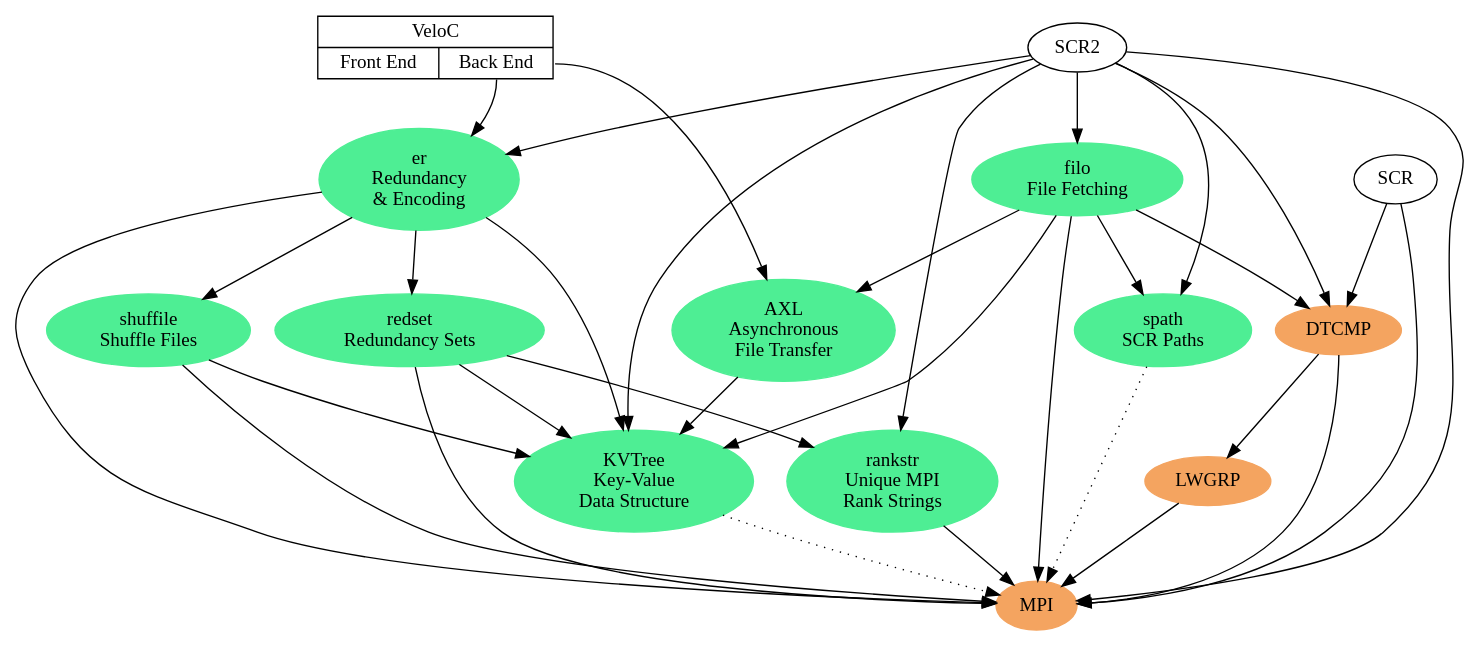
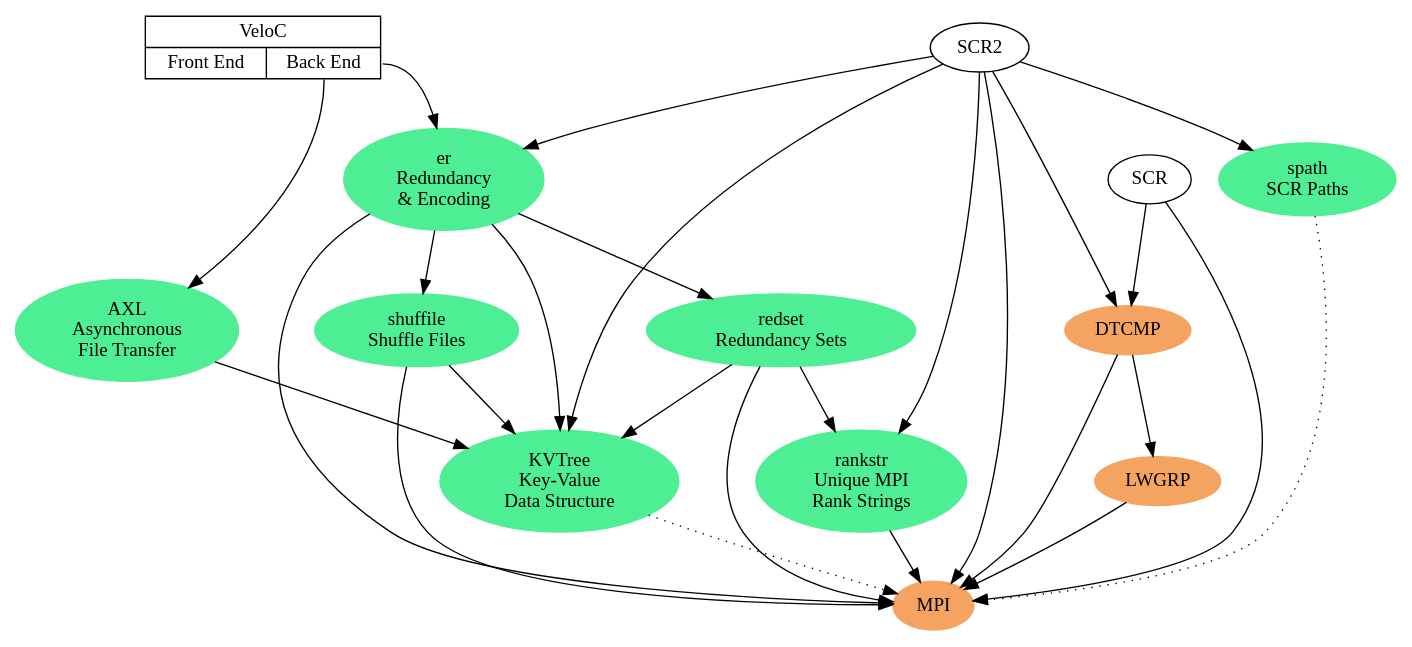
One commit to ECP-VeloC/component-dev-docs changed the diagram in diagram/components.gv. Above: the diagram before and after it, drawn with Graphviz. The commit also changed 3 other files, not shown here.

```diff
--- a/diagram/components.gv
+++ b/diagram/components.gv
@@ -1,57 +1,50 @@
 digraph g {
 
 node [color="seagreen2",style=filled];
 AXL [label="AXL\nAsynchronous\nFile Transfer", URL="group__axl.html"];
 er [label="er\nRedundancy\n& Encoding", URL="group__er.html"];
 redset [label="redset\nRedundancy Sets", URL="group__redset.html"];
 shuffile [label="shuffile\nShuffle Files", URL="group__shuffile.html"];
 KVTree [label="KVTree\nKey-Value\nData Structure", URL="group__kvtree.html"];
 rankstr [label="rankstr\nUnique MPI\nRank Strings", URL="group__rankstr.html"];
-filo [label="filo\nFile Fetching", URL="group__filo.html"];
 spath [label="spath\nSCR Paths", URL="group__spath.html"];
 
 node [color="sandybrown",style=filled];
 DTCMP;
 DTCMP -> MPI;
 DTCMP -> LWGRP;
 LWGRP;
 LWGRP -> MPI;
 
 node [color="black",style=solid];
 SCR -> DTCMP;
 SCR -> MPI;
 AXL -> KVTree;
 redset -> MPI;
 redset -> KVTree;
 redset -> rankstr;
 er -> MPI;
 er -> KVTree;
 er -> redset;
 er -> shuffile;
 shuffile -> MPI;
 shuffile -> KVTree;
-filo -> MPI;
-filo -> KVTree;
-filo -> spath;
-filo -> AXL;
-filo -> DTCMP;
 rankstr -> MPI;
 
 node [color="black",style=solid];
 SCR2 -> MPI
 SCR2 -> KVTree
 SCR2 -> rankstr
 SCR2 -> spath
 SCR2 -> er
-SCR2 -> filo
 SCR2 -> DTCMP
 
 node [shape=record];
 veloc [label="{ VeloC |{ <fe> Front End | <be> Back End }}"];
 veloc:be -> AXL;
 veloc:be -> er;
 
 edge [style=dotted];
 KVTree -> MPI;
 spath -> MPI;
 }
```
